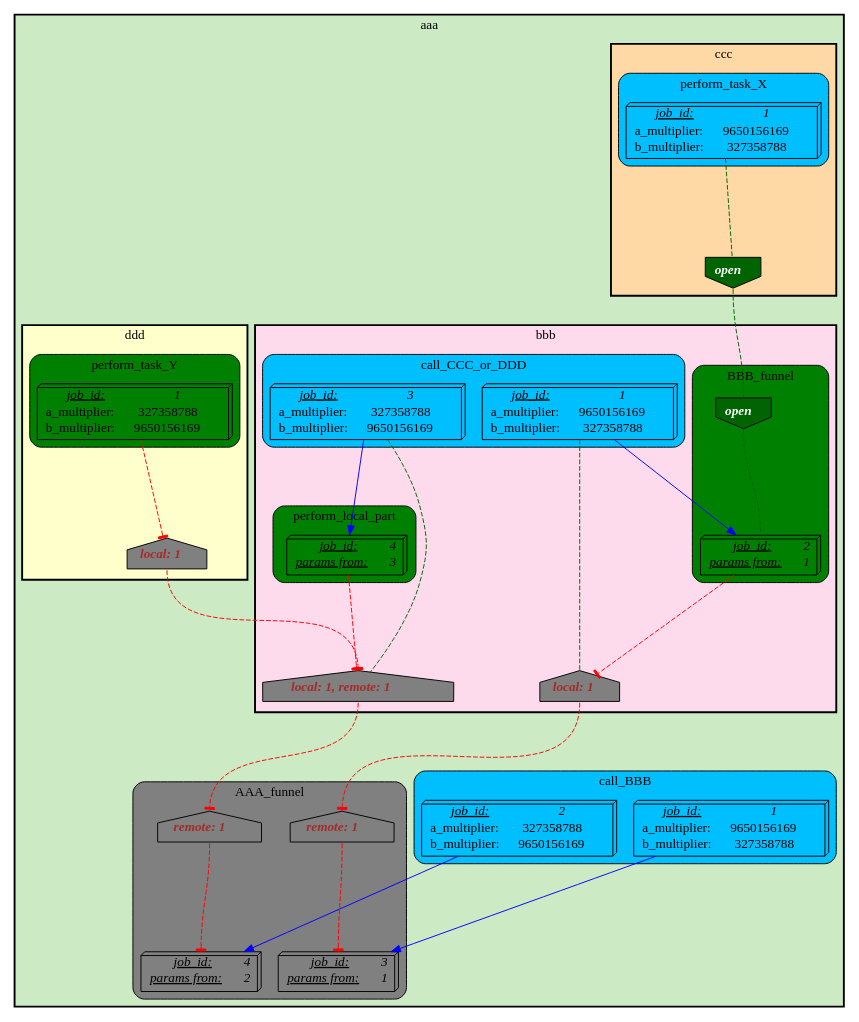
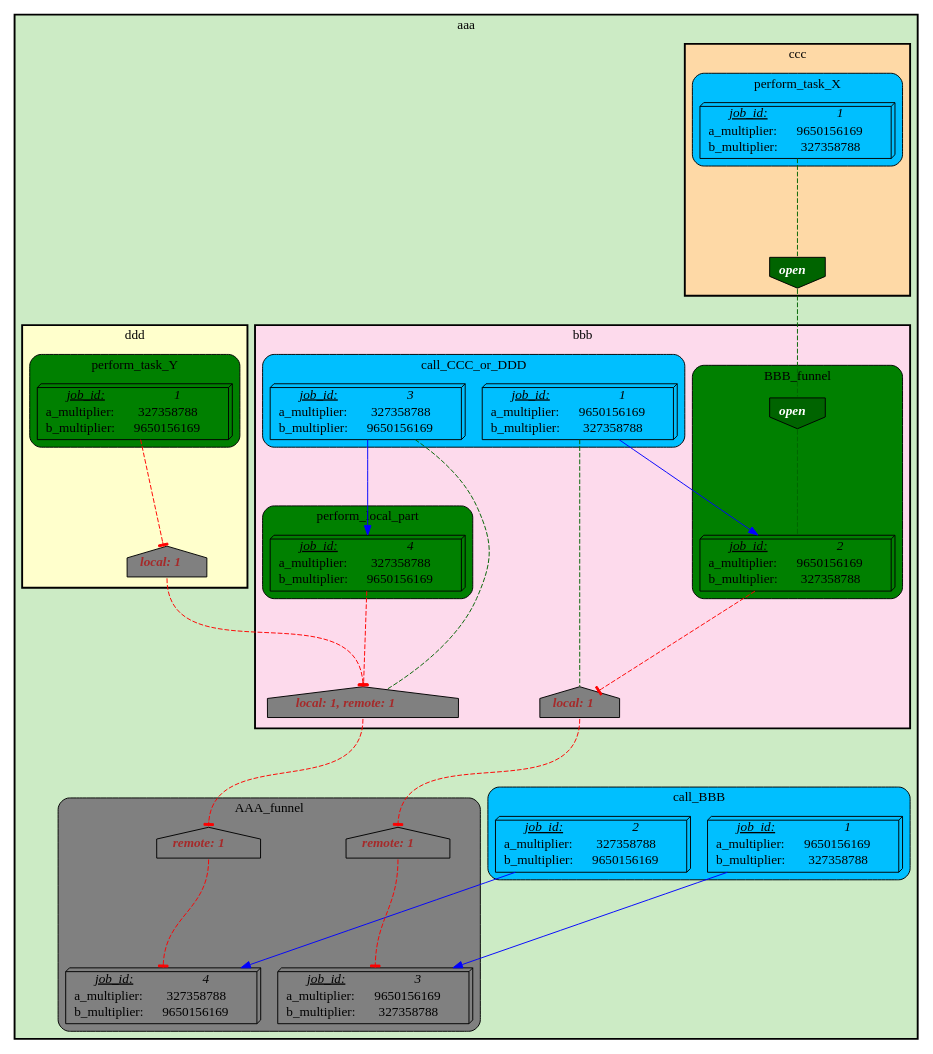
The diagram in t/03.scripts/visualize_jobs/quad_pipe/quad_pipe_jobs_05.dot (Ensembl/ensembl-hive), drawn with Graphviz before and after one commit. The commit also changed 27 other files, not shown here.

```diff
--- a/t/03.scripts/visualize_jobs/quad_pipe/quad_pipe_jobs_05.dot
+++ b/t/03.scripts/visualize_jobs/quad_pipe/quad_pipe_jobs_05.dot
@@ -1,132 +1,132 @@
 digraph test {
 	ratio="compress"; name = "JobDependencyGraph"; pad = "0"; ranksep = "1.4"; remincross = "true";
 	job_1__aaa [fillcolor="DeepSkyBlue", label=<<table border="0" cellborder="0" cellspacing="0" cellpadding="1"><tr><td><u><i>job_id:</i></u></td><td><i>1</i></td></tr><tr><td>a_multiplier:</td><td> 9650156169</td></tr><tr><td>b_multiplier:</td><td> 327358788</td></tr></table>>, shape="box3d", style="filled"];
 	job_1__bbb [fillcolor="DeepSkyBlue", label=<<table border="0" cellborder="0" cellspacing="0" cellpadding="1"><tr><td><u><i>job_id:</i></u></td><td><i>1</i></td></tr><tr><td>a_multiplier:</td><td> 9650156169</td></tr><tr><td>b_multiplier:</td><td> 327358788</td></tr></table>>, shape="box3d", style="filled"];
 	job_1__ccc [fillcolor="DeepSkyBlue", label=<<table border="0" cellborder="0" cellspacing="0" cellpadding="1"><tr><td><u><i>job_id:</i></u></td><td><i>1</i></td></tr><tr><td>a_multiplier:</td><td> 9650156169</td></tr><tr><td>b_multiplier:</td><td> 327358788</td></tr></table>>, shape="box3d", style="filled"];
 	job_1__ddd [fillcolor="green", label=<<table border="0" cellborder="0" cellspacing="0" cellpadding="1"><tr><td><u><i>job_id:</i></u></td><td><i>1</i></td></tr><tr><td>a_multiplier:</td><td> 327358788</td></tr><tr><td>b_multiplier:</td><td> 9650156169</td></tr></table>>, shape="box3d", style="filled"];
 	job_2__aaa [fillcolor="DeepSkyBlue", label=<<table border="0" cellborder="0" cellspacing="0" cellpadding="1"><tr><td><u><i>job_id:</i></u></td><td><i>2</i></td></tr><tr><td>a_multiplier:</td><td> 327358788</td></tr><tr><td>b_multiplier:</td><td> 9650156169</td></tr></table>>, shape="box3d", style="filled"];
-	job_2__bbb [fillcolor="green", label=<<table border="0" cellborder="0" cellspacing="0" cellpadding="1"><tr><td><u><i>job_id:</i></u></td><td><i>2</i></td></tr><tr><td><u><i>params from:</i></u></td><td><i>1</i></td></tr></table>>, shape="box3d", style="filled"];
-	job_3__aaa [fillcolor="grey", label=<<table border="0" cellborder="0" cellspacing="0" cellpadding="1"><tr><td><u><i>job_id:</i></u></td><td><i>3</i></td></tr><tr><td><u><i>params from:</i></u></td><td><i>1</i></td></tr></table>>, shape="box3d", style="filled"];
+	job_2__bbb [fillcolor="green", label=<<table border="0" cellborder="0" cellspacing="0" cellpadding="1"><tr><td><u><i>job_id:</i></u></td><td><i>2</i></td></tr><tr><td>a_multiplier:</td><td> 9650156169</td></tr><tr><td>b_multiplier:</td><td> 327358788</td></tr></table>>, shape="box3d", style="filled"];
+	job_3__aaa [fillcolor="grey", label=<<table border="0" cellborder="0" cellspacing="0" cellpadding="1"><tr><td><u><i>job_id:</i></u></td><td><i>3</i></td></tr><tr><td>a_multiplier:</td><td> 9650156169</td></tr><tr><td>b_multiplier:</td><td> 327358788</td></tr></table>>, shape="box3d", style="filled"];
 	job_3__bbb [fillcolor="DeepSkyBlue", label=<<table border="0" cellborder="0" cellspacing="0" cellpadding="1"><tr><td><u><i>job_id:</i></u></td><td><i>3</i></td></tr><tr><td>a_multiplier:</td><td> 327358788</td></tr><tr><td>b_multiplier:</td><td> 9650156169</td></tr></table>>, shape="box3d", style="filled"];
-	job_4__aaa [fillcolor="grey", label=<<table border="0" cellborder="0" cellspacing="0" cellpadding="1"><tr><td><u><i>job_id:</i></u></td><td><i>4</i></td></tr><tr><td><u><i>params from:</i></u></td><td><i>2</i></td></tr></table>>, shape="box3d", style="filled"];
-	job_4__bbb [fillcolor="green", label=<<table border="0" cellborder="0" cellspacing="0" cellpadding="1"><tr><td><u><i>job_id:</i></u></td><td><i>4</i></td></tr><tr><td><u><i>params from:</i></u></td><td><i>3</i></td></tr></table>>, shape="box3d", style="filled"];
+	job_4__aaa [fillcolor="grey", label=<<table border="0" cellborder="0" cellspacing="0" cellpadding="1"><tr><td><u><i>job_id:</i></u></td><td><i>4</i></td></tr><tr><td>a_multiplier:</td><td> 327358788</td></tr><tr><td>b_multiplier:</td><td> 9650156169</td></tr></table>>, shape="box3d", style="filled"];
+	job_4__bbb [fillcolor="green", label=<<table border="0" cellborder="0" cellspacing="0" cellpadding="1"><tr><td><u><i>job_id:</i></u></td><td><i>4</i></td></tr><tr><td>a_multiplier:</td><td> 327358788</td></tr><tr><td>b_multiplier:</td><td> 9650156169</td></tr></table>>, shape="box3d", style="filled"];
 	semaphore_1__aaa [fillcolor="grey", label=<<table border="0" cellborder="0" cellspacing="0" cellpadding="1"><tr><td colspan="3"><font color="brown"><b><i>remote: 1</i></b></font></td></tr></table>>, margin="0,0", shape="house", style="filled"];
 	semaphore_1__bbb [fillcolor="grey", label=<<table border="0" cellborder="0" cellspacing="0" cellpadding="1"><tr><td colspan="3"><font color="brown"><b><i>local: 1</i></b></font></td></tr></table>>, margin="0,0", shape="house", style="filled"];
 	semaphore_1__ccc [fillcolor="darkgreen", label=<<table border="0" cellborder="0" cellspacing="0" cellpadding="1"><tr><td colspan="3"><font color="white"><b><i>open</i></b></font></td></tr></table>>, margin="0,0", shape="invhouse", style="filled"];
 	semaphore_1__ddd [fillcolor="grey", label=<<table border="0" cellborder="0" cellspacing="0" cellpadding="1"><tr><td colspan="3"><font color="brown"><b><i>local: 1</i></b></font></td></tr></table>>, margin="0,0", shape="house", style="filled"];
 	semaphore_2__aaa [fillcolor="grey", label=<<table border="0" cellborder="0" cellspacing="0" cellpadding="1"><tr><td colspan="3"><font color="brown"><b><i>remote: 1</i></b></font></td></tr></table>>, margin="0,0", shape="house", style="filled"];
 	semaphore_2__bbb [fillcolor="darkgreen", label=<<table border="0" cellborder="0" cellspacing="0" cellpadding="1"><tr><td colspan="3"><font color="white"><b><i>open</i></b></font></td></tr></table>>, margin="0,0", shape="invhouse", style="filled"];
 	semaphore_3__bbb [fillcolor="grey", label=<<table border="0" cellborder="0" cellspacing="0" cellpadding="1"><tr><td colspan="3"><font color="brown"><b><i>local: 1, remote: 1</i></b></font></td></tr></table>>, margin="0,0", shape="house", style="filled"];
 	job_1__aaa -> job_3__aaa [color="blue"];
 	job_1__bbb -> job_2__bbb [color="blue"];
 	job_1__bbb -> semaphore_1__bbb [arrowhead="none", color="darkgreen", style="dashed"];
 	job_1__ccc -> semaphore_1__ccc [arrowhead="none", color="darkgreen", style="dashed"];
 	job_1__ddd -> semaphore_1__ddd [arrowhead="tee", color="red", style="dashed"];
 	job_2__aaa -> job_4__aaa [color="blue"];
 	job_2__bbb -> semaphore_1__bbb [arrowhead="tee", color="red", style="dashed"];
 	job_3__bbb -> job_4__bbb [color="blue"];
 	job_3__bbb -> semaphore_3__bbb [arrowhead="none", color="darkgreen", style="dashed"];
 	job_4__bbb -> semaphore_3__bbb [arrowhead="tee", color="red", style="dashed"];
 	semaphore_1__aaa -> job_3__aaa [arrowhead="tee", color="red", headport="n", style="dashed", tailport="s"];
 	semaphore_1__bbb -> semaphore_1__aaa [arrowhead="tee", color="red", headport="n", style="dashed", tailport="s"];
 	semaphore_1__ccc -> semaphore_2__bbb [arrowhead="none", color="darkgreen", headport="n", style="dashed", tailport="s"];
 	semaphore_1__ddd -> semaphore_3__bbb [arrowhead="tee", color="red", headport="n", style="dashed", tailport="s"];
 	semaphore_2__aaa -> job_4__aaa [arrowhead="tee", color="red", headport="n", style="dashed", tailport="s"];
 	semaphore_2__bbb -> job_2__bbb [arrowhead="none", color="darkgreen", headport="n", style="dashed", tailport="s"];
 	semaphore_3__bbb -> semaphore_2__aaa [arrowhead="tee", color="red", headport="n", style="dashed", tailport="s"];
 
 subgraph cluster_aaa {
 	label="aaa";
 	style="bold,filled";
 	colorscheme="pastel19";
 	fillcolor="3";
 	color="";
 	subgraph cluster_AAA_funnel {
 		label="AAA_funnel";
 		style="rounded,filled";
 		colorscheme="X11";
 		fillcolor="grey";
 		color="";
 		job_3__aaa;
 		job_4__aaa;
 		semaphore_1__aaa;
 		semaphore_2__aaa;
 	}
 	subgraph cluster_bbb {
 		label="bbb";
 		style="bold,filled";
 		colorscheme="pastel19";
 		fillcolor="8";
 		color="";
 		subgraph cluster_ehive_test_vj_1___BBB_funnel {
 			label="BBB_funnel";
 			style="rounded,filled";
 			colorscheme="X11";
 			fillcolor="green";
 			color="";
 			job_2__bbb;
 			semaphore_2__bbb;
 		}
 		subgraph cluster_ehive_test_vj_1___call_CCC_or_DDD {
 			label="call_CCC_or_DDD";
 			style="rounded,filled";
 			colorscheme="X11";
 			fillcolor="DeepSkyBlue";
 			color="";
 			job_1__bbb;
 			job_3__bbb;
 		}
 		subgraph cluster_ehive_test_vj_1___perform_local_part {
 			label="perform_local_part";
 			style="rounded,filled";
 			colorscheme="X11";
 			fillcolor="green";
 			color="";
 			job_4__bbb;
 		}
 		semaphore_1__bbb;
 		semaphore_3__bbb;
 	}
 	subgraph cluster_call_BBB {
 		label="call_BBB";
 		style="rounded,filled";
 		colorscheme="X11";
 		fillcolor="DeepSkyBlue";
 		color="";
 		job_1__aaa;
 		job_2__aaa;
 	}
 	subgraph cluster_ccc {
 		label="ccc";
 		style="bold,filled";
 		colorscheme="pastel19";
 		fillcolor="5";
 		color="";
 		subgraph cluster_ehive_test_vj_2___perform_task_X {
 			label="perform_task_X";
 			style="rounded,filled";
 			colorscheme="X11";
 			fillcolor="DeepSkyBlue";
 			color="";
 			job_1__ccc;
 		}
 		semaphore_1__ccc;
 	}
 	subgraph cluster_ddd {
 		label="ddd";
 		style="bold,filled";
 		colorscheme="pastel19";
 		fillcolor="6";
 		color="";
 		subgraph cluster_ehive_test_vj_3___perform_task_Y {
 			label="perform_task_Y";
 			style="rounded,filled";
 			colorscheme="X11";
 			fillcolor="green";
 			color="";
 			job_1__ddd;
 		}
 		semaphore_1__ddd;
 	}
 }
 }
```
